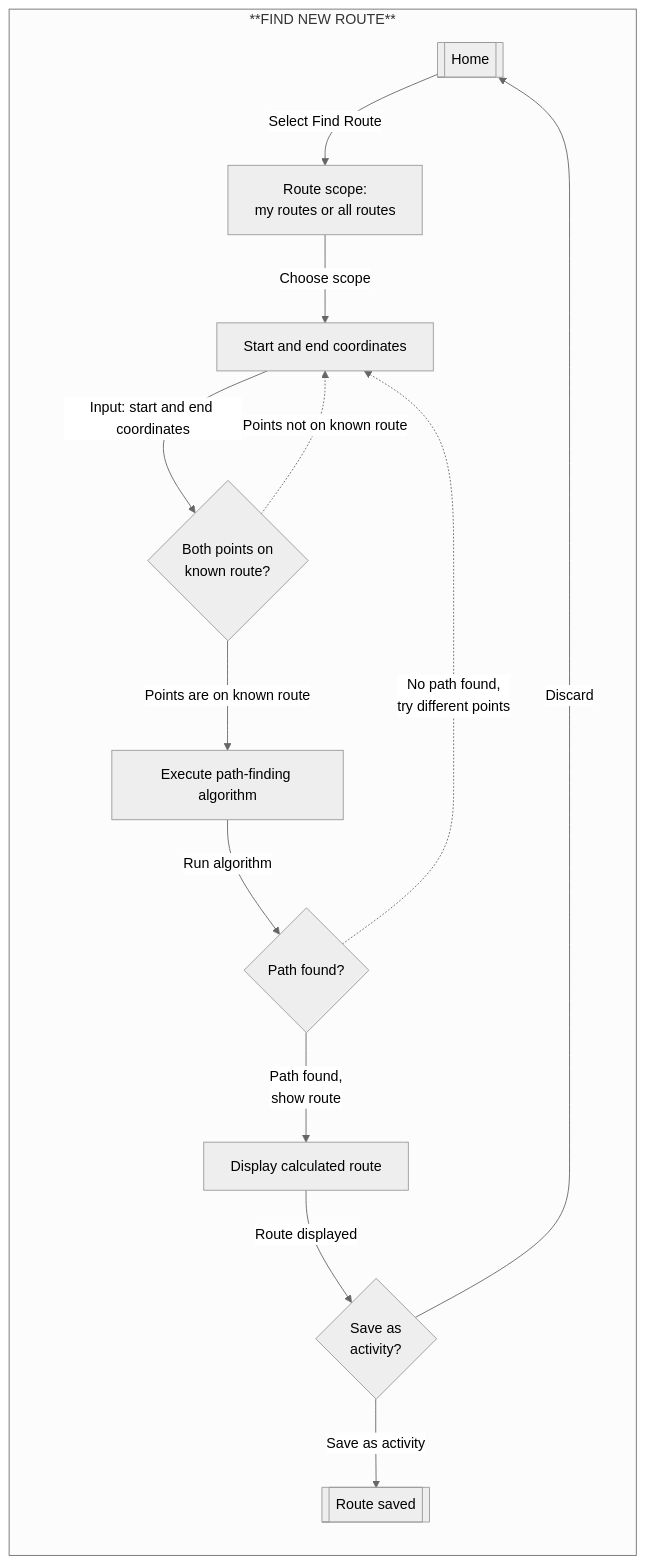
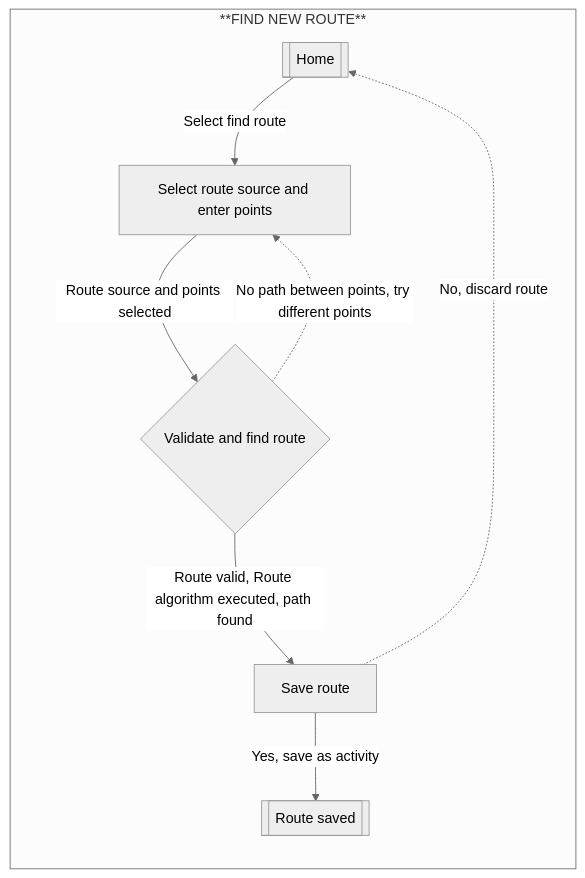
One commit to Karan4248/Exercise-Tracker changed the seventh of 8 diagrams in README.md. Above: the diagram before and after it, drawn with Mermaid (neutral theme). The commit also changed other lines of this file, not shown here.

````diff
--- a/README.md
+++ b/README.md
@@ -175,33 +131,17 @@
 ```mermaid
 flowchart
   subgraph **FIND NEW ROUTE**
     direction TB
     start[[Home]]
-    scope["Route scope:<br/>my routes or all routes"]
-    
-    input["Start and end coordinates"]
-    
-    validPoints{Both points on<br/>known route?}
-    
-    execute["Execute path-finding algorithm"]
-    
-    pathExists{Path found?}
-    
-    display["Display calculated route"]
-    save{Save as<br/>activity?}
-    
+    find["Select route source and enter points"]
+    route{"Validate and find route"}
+    result["Save route"]
     success[[Route saved]]
-    
-    start -- "Select Find Route" --> scope
-    scope -- "Choose scope" --> input
-    input -- "Input: start and end coordinates" --> validPoints
-    validPoints -. "Points not on known route" .-> input
-    validPoints -- "Points are on known route" --> execute
-    execute -- "Run algorithm" --> pathExists
-    pathExists -. "No path found,<br/>try different points" .-> input
-    pathExists -- "Path found,<br/>show route" --> display
-    display -- "Route displayed" --> save
-    save -- "Save as activity" --> success
-    save -- "Discard" --> start
+    start -- Select find route --> find
+    find -- Route source and points selected --> route
+    route -- Route valid, Route algorithm executed, path found --> result
+    route -. No path between points, try different points .-> find
+    result -- Yes, save as activity --> success
+    result -. No, discard route .-> start
   end
 ```
````
